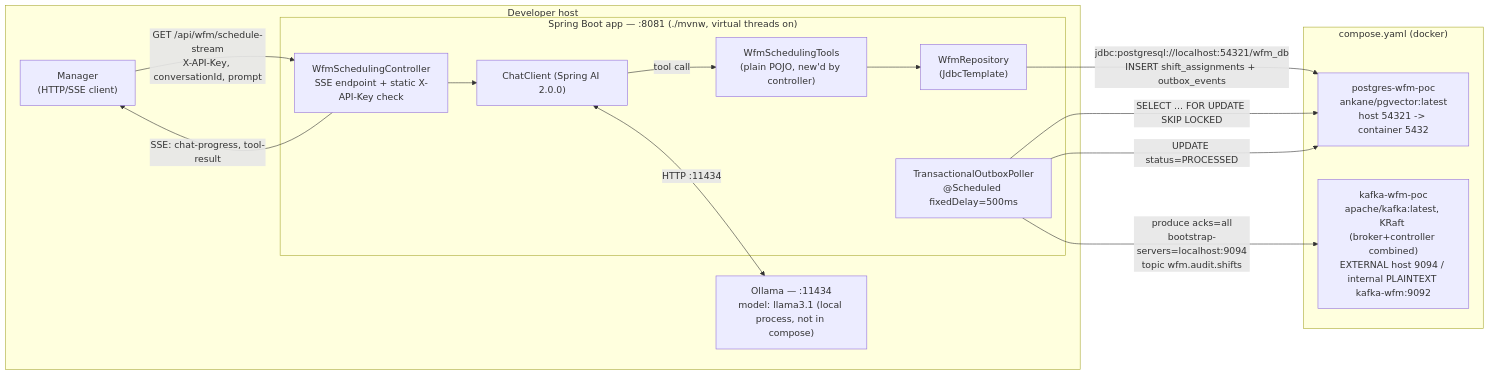
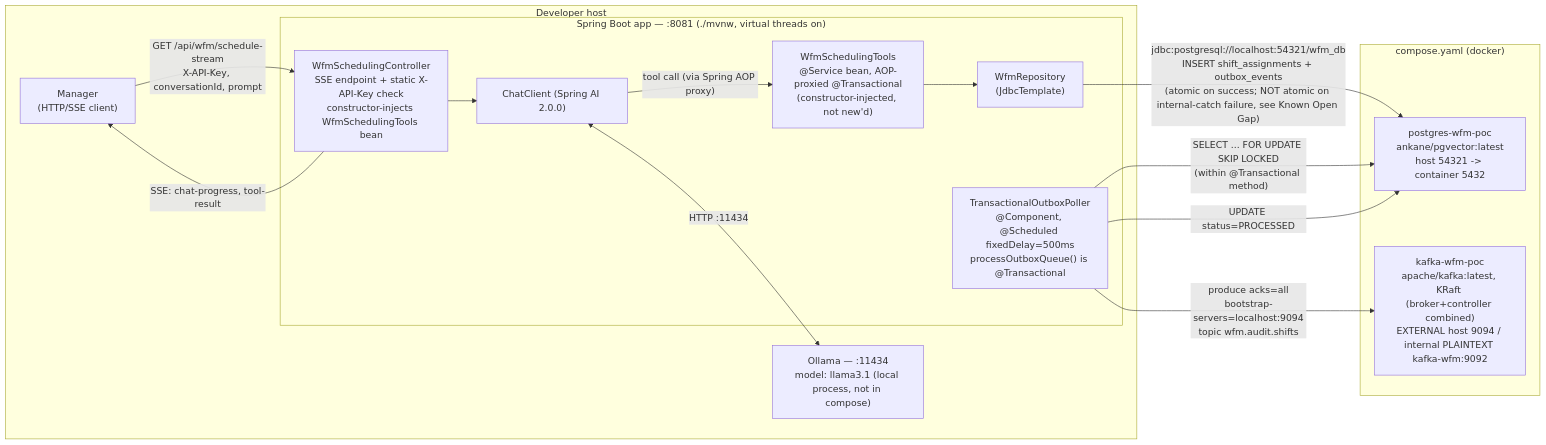
Before and after one commit to ypradeep4u81-afk/workforce-ai-mvc-poc: the second of 2 diagrams in docs/ARCHITECTURE.md, drawn with Mermaid. The commit also changed other lines of this file and 4 other files, not shown here.

````diff
--- a/docs/ARCHITECTURE.md
+++ b/docs/ARCHITECTURE.md
@@ -93,32 +122,32 @@
 ```mermaid
 flowchart LR
     subgraph Host["Developer host"]
         Manager["Manager<br/>(HTTP/SSE client)"]
 
         subgraph App["Spring Boot app — :8081 (./mvnw, virtual threads on)"]
-            Controller["WfmSchedulingController<br/>SSE endpoint + static X-API-Key check"]
+            Controller["WfmSchedulingController<br/>SSE endpoint + static X-API-Key check<br/>constructor-injects WfmSchedulingTools bean"]
             ChatClientNode["ChatClient (Spring AI 2.0.0)"]
-            ToolsNode["WfmSchedulingTools<br/>(plain POJO, new'd by controller)"]
+            ToolsNode["WfmSchedulingTools<br/>@Service bean, AOP-proxied @Transactional<br/>(constructor-injected, not new'd)"]
             Repo["WfmRepository<br/>(JdbcTemplate)"]
-            Poller["TransactionalOutboxPoller<br/>@Scheduled fixedDelay=500ms"]
+            Poller["TransactionalOutboxPoller<br/>@Component, @Scheduled fixedDelay=500ms<br/>processOutboxQueue() is @Transactional"]
         end
 
         Ollama["Ollama — :11434<br/>model: llama3.1 (local process, not in compose)"]
     end
 
     subgraph Compose["compose.yaml (docker)"]
         Postgres["postgres-wfm-poc<br/>ankane/pgvector:latest<br/>host 54321 -> container 5432"]
         Kafka["kafka-wfm-poc<br/>apache/kafka:latest, KRaft (broker+controller combined)<br/>EXTERNAL host 9094 / internal PLAINTEXT kafka-wfm:9092"]
     end
 
     Manager -->|"GET /api/wfm/schedule-stream<br/>X-API-Key, conversationId, prompt"| Controller
     Controller -->|SSE: chat-progress, tool-result| Manager
     Controller --> ChatClientNode
     ChatClientNode <-->|"HTTP :11434"| Ollama
-    ChatClientNode -->|tool call| ToolsNode
+    ChatClientNode -->|"tool call (via Spring AOP proxy)"| ToolsNode
     ToolsNode --> Repo
-    Repo -->|"jdbc:postgresql://localhost:54321/wfm_db<br/>INSERT shift_assignments + outbox_events"| Postgres
-    Poller -->|"SELECT ... FOR UPDATE SKIP LOCKED"| Postgres
+    Repo -->|"jdbc:postgresql://localhost:54321/wfm_db<br/>INSERT shift_assignments + outbox_events<br/>(atomic on success; NOT atomic on internal-catch failure, see Known Open Gap)"| Postgres
+    Poller -->|"SELECT ... FOR UPDATE SKIP LOCKED<br/>(within @Transactional method)"| Postgres
     Poller -->|"UPDATE status=PROCESSED"| Postgres
     Poller -->|"produce acks=all<br/>bootstrap-servers=localhost:9094<br/>topic wfm.audit.shifts"| Kafka
 ```
````
